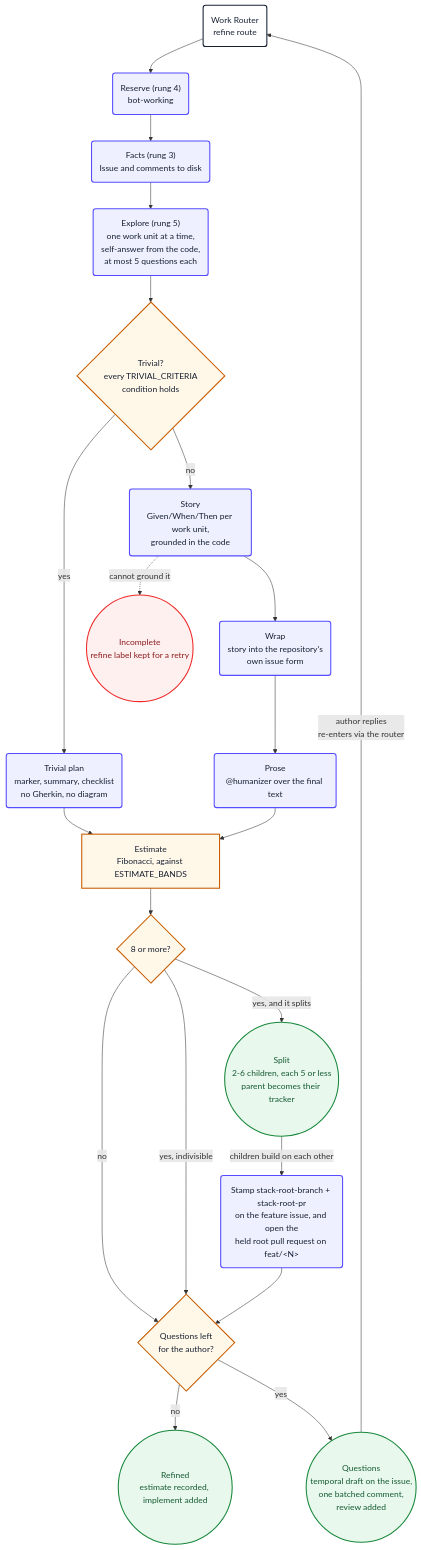
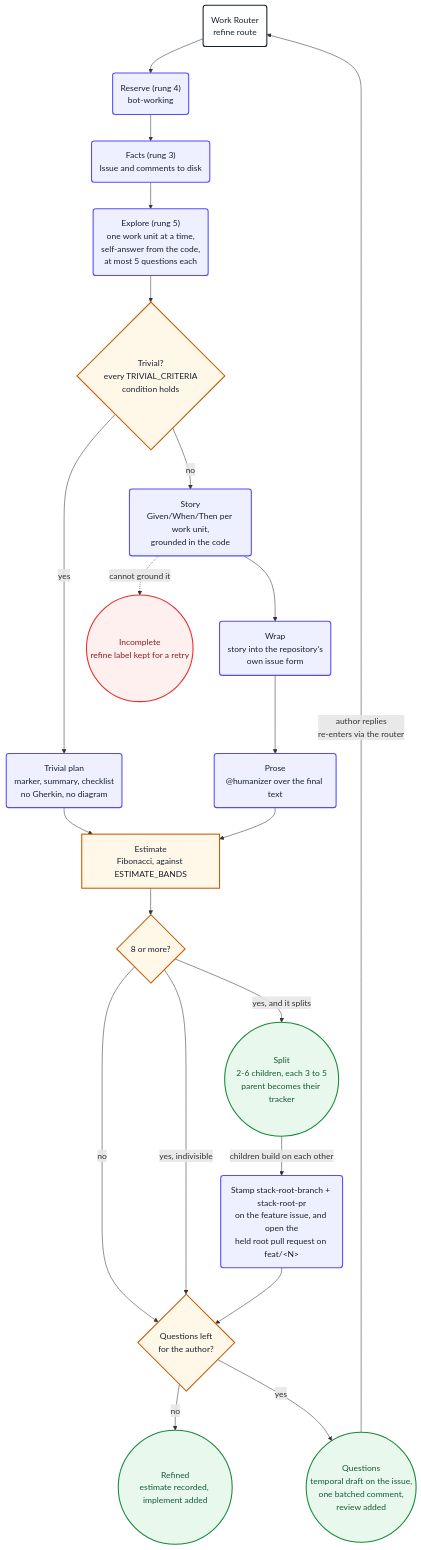
One commit to PlainConceptsPlatform/agentic-workflows changed the fifth of 14 diagrams in loops/docs/diagrams.md. Above: the diagram before and after it, drawn with Mermaid. The commit also changed other lines of this file and 7 other files, not shown here.

````diff
--- a/loops/docs/diagrams.md
+++ b/loops/docs/diagrams.md
@@ -208,41 +209,41 @@
 ```mermaid
 flowchart TD
     refStart("Work Router<br/>refine route") --> refReserve
     refReserve("Reserve (rung 4)<br/>bot-working") --> refFacts
     refFacts("Facts (rung 3)<br/>Issue and comments to disk") --> refExplore
     refExplore("Explore (rung 5)<br/>one work unit at a time,<br/>self-answer from the code,<br/>at most 5 questions each") --> refClassify
     refClassify{"Trivial?<br/>every TRIVIAL_CRITERIA<br/>condition holds"}
     refClassify -->|yes| refTrivial
     refClassify -->|no| refStory
     refTrivial("Trivial plan<br/>marker, summary, checklist<br/>no Gherkin, no diagram") --> refEstimate
     refStory("Story<br/>Given/When/Then per work unit,<br/>grounded in the code") --> refWrap
     refStory -.->|"cannot ground it"| refFail
     refWrap("Wrap<br/>story into the repository's<br/>own issue form") --> refProse
     refProse("Prose<br/>@humanizer over the final text") --> refEstimate
     refEstimate["Estimate<br/>Fibonacci, against ESTIMATE_BANDS"] --> refSplit
     refSplit{"8 or more?"}
     refSplit -->|no| refOutcome
     refSplit -->|"yes, and it splits"| refChildren
     refSplit -->|"yes, indivisible"| refOutcome
-    refChildren(("Split<br/>2-6 children, each 5 or less<br/>parent becomes their tracker"))
+    refChildren(("Split<br/>2-6 children, each 3 to 5<br/>parent becomes their tracker"))
     refChildren -->|"children build on each other"| refStack
     refStack("Stamp stack-root-branch + stack-root-pr<br/>on the feature issue, and open the<br/>held root pull request on feat/&lt;N&gt;") --> refOutcome
     refOutcome{"Questions left<br/>for the author?"}
     refOutcome -->|no| refDone
     refOutcome -->|yes| refAsk
     refDone(("Refined<br/>estimate recorded, implement added"))
     refAsk(("Questions<br/>temporal draft on the issue,<br/>one batched comment,<br/>review added"))
     refAsk -->|"author replies<br/>re-enters via the router"| refStart
     refFail(("Incomplete<br/>refine label kept for a retry"))
 
     classDef start fill:#ffffff,stroke:#172033,stroke-width:2px,color:#172033
     classDef action fill:#eef0ff,stroke:#554cff,stroke-width:2px,color:#172033
     classDef decision fill:#fff8e8,stroke:#c75b00,stroke-width:2px,color:#172033
     classDef failure fill:#fff0f0,stroke:#ef2929,stroke-width:2px,color:#8b1a1a
     classDef success fill:#e8f8ec,stroke:#18883c,stroke-width:2px,color:#145a32
     class refStart start
     class refReserve,refFacts,refExplore,refTrivial,refStory,refWrap,refProse,refStack action
     class refClassify,refEstimate,refSplit,refOutcome decision
     class refFail failure
     class refDone,refAsk,refChildren success
 ```
````
